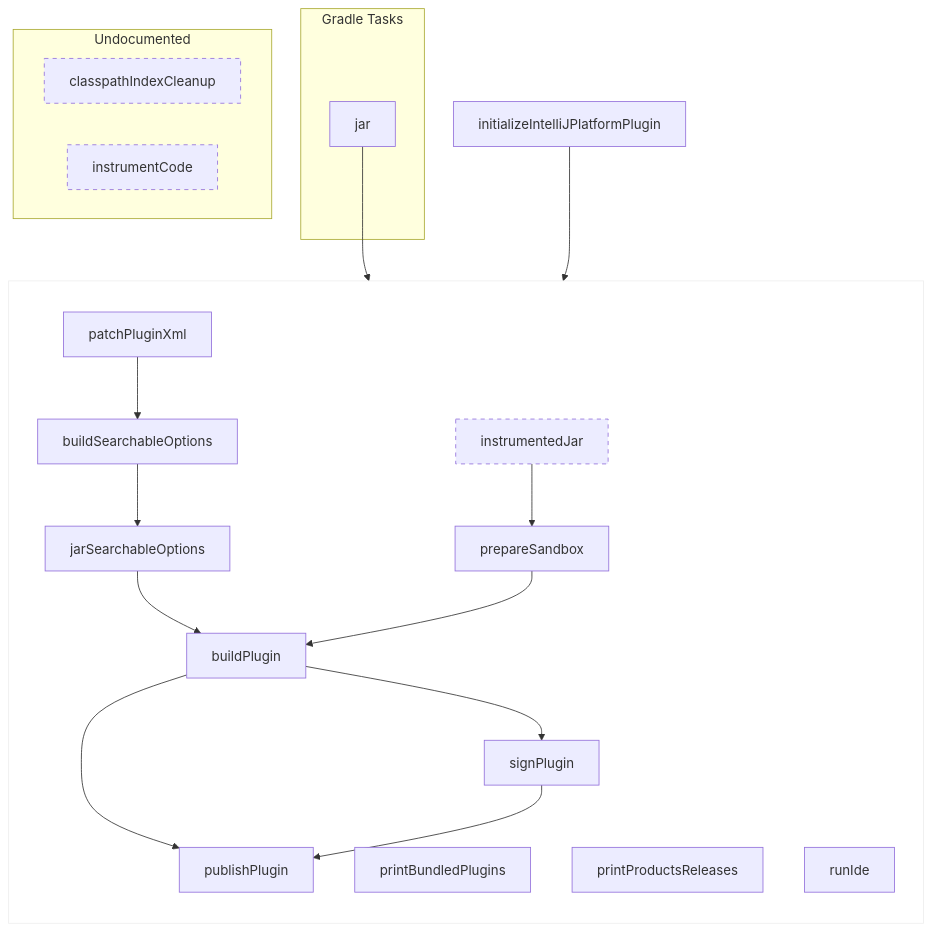
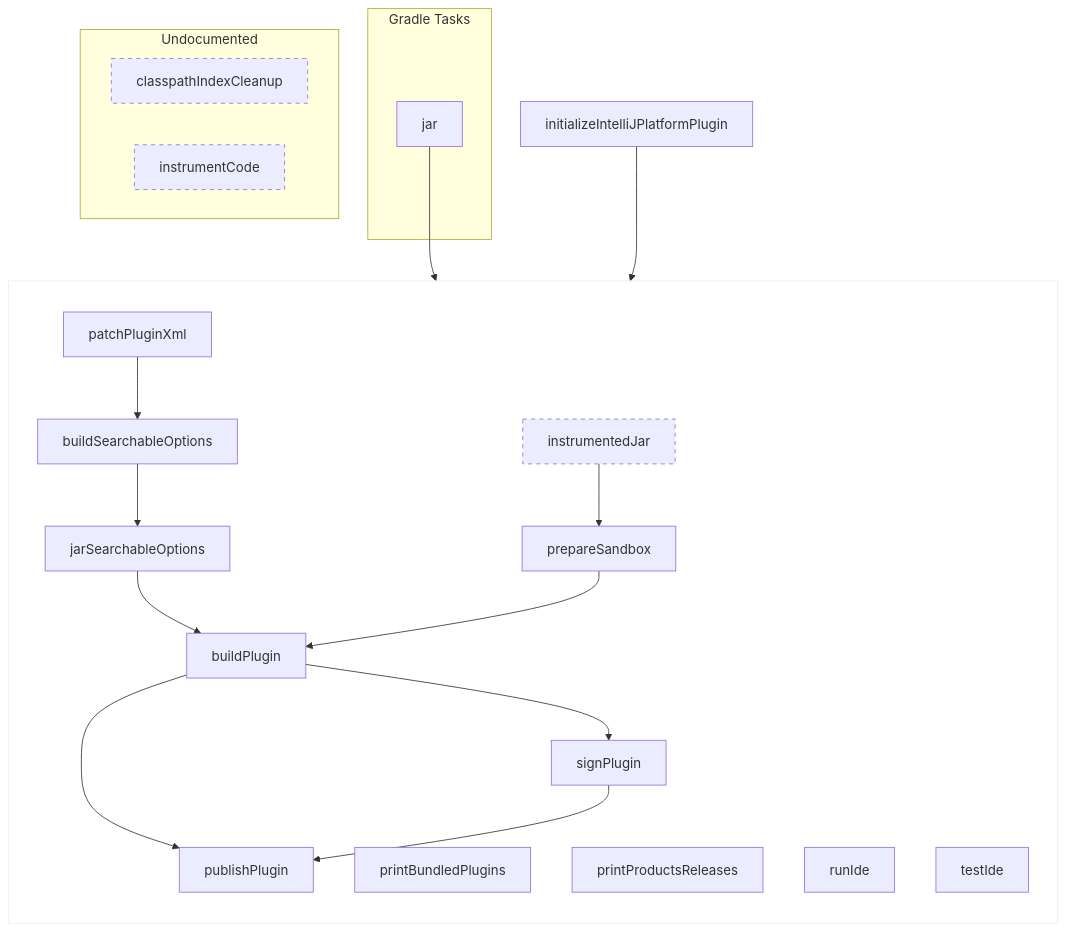
The diagram in topics/appendix/tools/intellij_platform_gradle_plugin/tools_intellij_platform_gradle_plugin_tasks.md (JetBrains/intellij-sdk-docs), drawn with Mermaid before and after one commit. The commit also changed other lines of this file, not shown here.

Commit message:
IntelliJ Platform Gradle Plugin: `testIde` task

````diff
--- a/topics/appendix/tools/intellij_platform_gradle_plugin/tools_intellij_platform_gradle_plugin_tasks.md
+++ b/topics/appendix/tools/intellij_platform_gradle_plugin/tools_intellij_platform_gradle_plugin_tasks.md
@@ -15,57 +15,59 @@
 ```mermaid
 flowchart
     subgraph Gradle Tasks
         jar
     end
 
     subgraph ALL ["` `"]
         direction TB
 
         buildPlugin
         buildSearchableOptions
         jarSearchableOptions
         patchPluginXml
         prepareSandbox
         printBundledPlugins
         printProductsReleases
         publishPlugin
         runIde
         signPlugin
+        testIde
 
         jarSearchableOptions & prepareSandbox --> buildPlugin
         patchPluginXml --> buildSearchableOptions
         buildSearchableOptions --> jarSearchableOptions
         jar & instrumentedJar --> prepareSandbox
         buildPlugin & signPlugin --> publishPlugin
         buildPlugin --> signPlugin
     end
 
     initializeIntelliJPlatformPlugin --> ALL
 
     subgraph Undocumented
         classpathIndexCleanup
         instrumentCode
         instrumentedJar
     end
 
     click buildPlugin "#buildPlugin"
     click buildSearchableOptions "#buildSearchableOptions"
     click classpathIndexCleanup "#classpathIndexCleanup"
     click initializeIntelliJPlatformPlugin "#initializeIntelliJPlatformPlugin"
     click instrumentCode "#instrumentCode"
     click instrumentedJar "#instrumentedJar"
     click jarSearchableOptions "#jarSearchableOptions"
     click patchPluginXml "#patchPluginXml"
     click prepareSandbox "#prepareSandbox"
     click printBundledPlugins "#printBundledPlugins"
     click printProductsReleases "#printProductsReleases"
     click publishPlugin "#publishPlugin"
     click runIde "#runIde"
     click signPlugin "#signPlugin"
+    click testIde "#testIde"
 
     style classpathIndexCleanup stroke-dasharray: 5 5
     style instrumentCode stroke-dasharray: 5 5
     style instrumentedJar stroke-dasharray: 5 5
 
     style ALL fill:transparent,stroke:#eee
 ```
````
